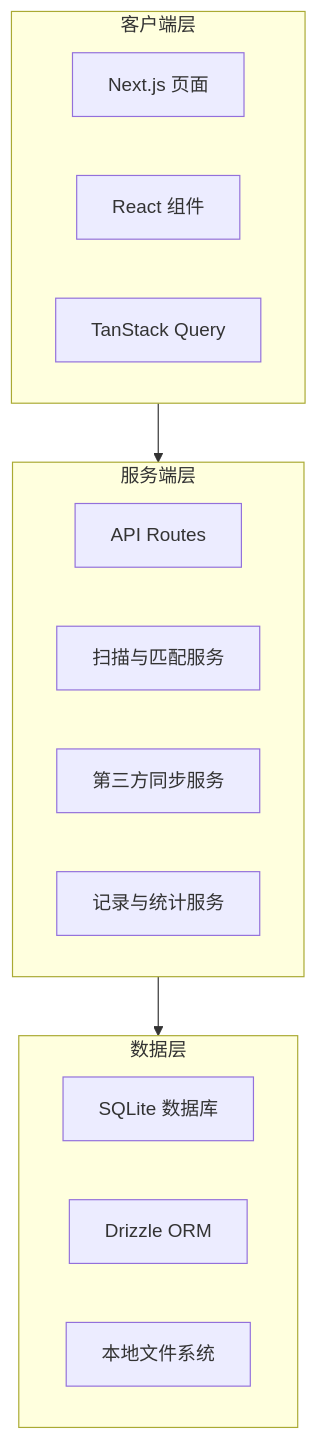
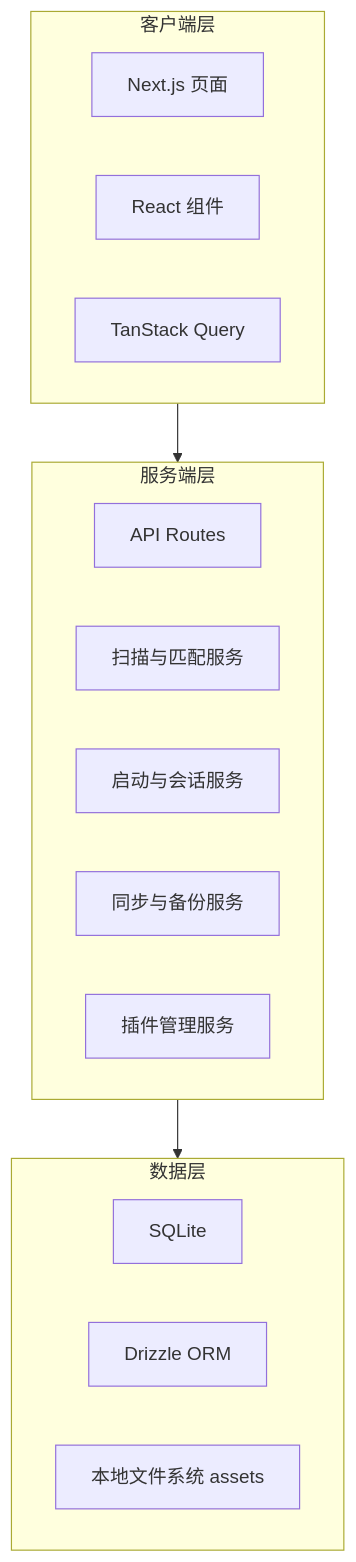
One commit to Halory-Ito/vnweb changed the sixth of 11 diagrams in 毕业设计论文.md. Above: the diagram before and after it, drawn with Mermaid. The commit also changed other lines of this file and 47 other files, not shown here.

````diff
--- a/毕业设计论文.md
+++ b/毕业设计论文.md
@@ -160,20 +445,24 @@
 ```mermaid
 flowchart TB
   subgraph C[客户端层]
     C1[Next.js 页面]
     C2[React 组件]
     C3[TanStack Query]
   end
+
   subgraph S[服务端层]
     S1[API Routes]
     S2[扫描与匹配服务]
-    S3[第三方同步服务]
-    S4[记录与统计服务]
+    S3[启动与会话服务]
+    S4[同步与备份服务]
+    S5[插件管理服务]
   end
+
   subgraph D[数据层]
-    D1[SQLite 数据库]
+    D1[SQLite]
     D2[Drizzle ORM]
-    D3[本地文件系统]
+    D3[本地文件系统 assets]
   end
+
   C --> S --> D
 ```
````
